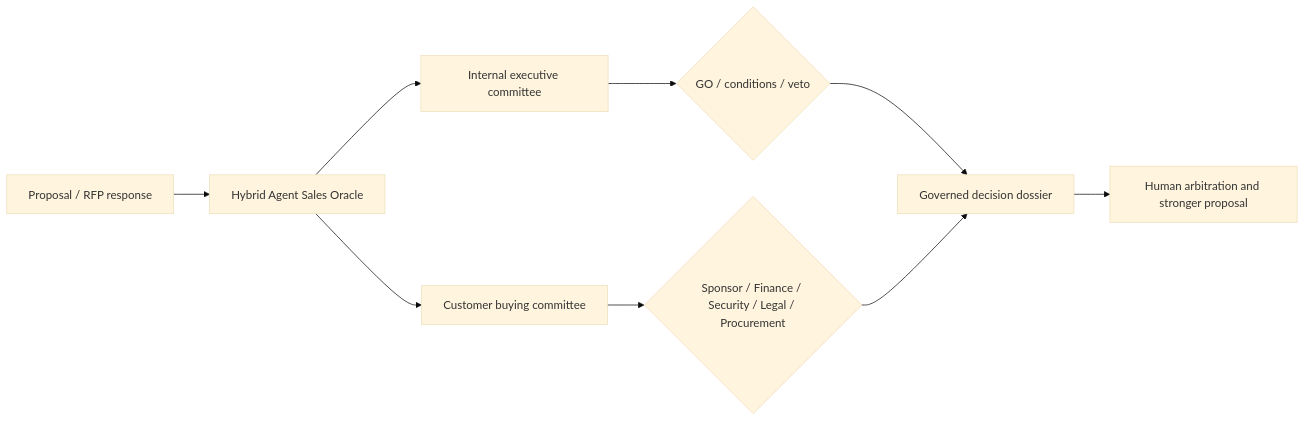
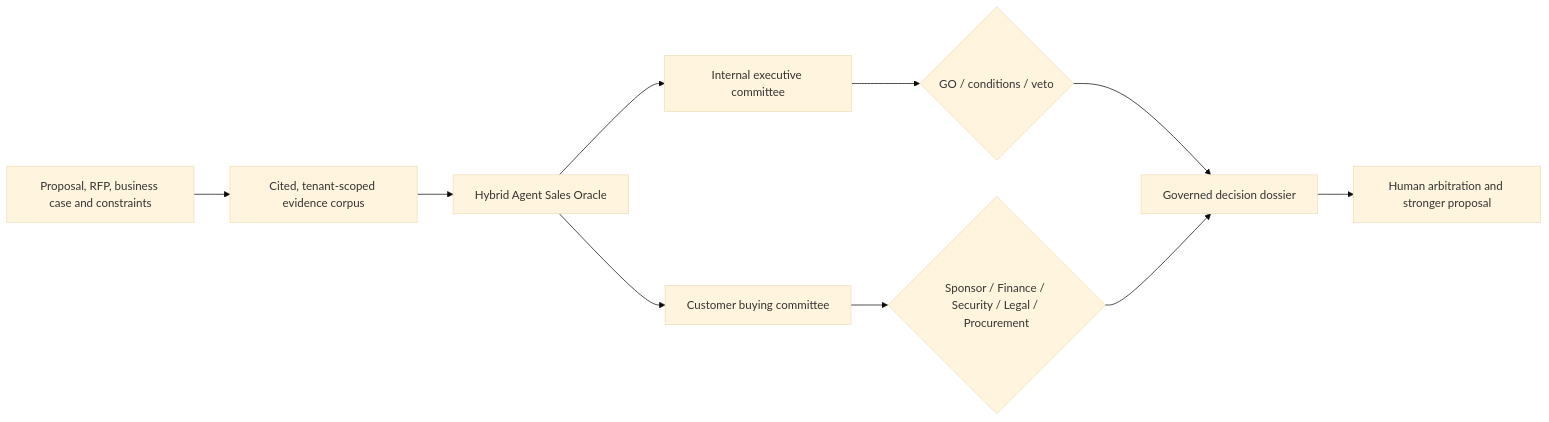
The first of 5 diagrams in README.md (Geoking2104/KayrosLab), drawn with Mermaid (base theme) before and after one commit. The commit also changed other lines of this file and 20 other files, not shown here.

Commit message:
feat: add secure Sales Oracle document intake

````diff
--- a/README.md
+++ b/README.md
@@ -96,11 +96,12 @@
 ```mermaid
 flowchart LR
-  OFFER[Proposal / RFP response] --> ORACLE[Hybrid Agent Sales Oracle]
+  DOCS[Proposal, RFP, business case and constraints] --> EVIDENCE[Cited, tenant-scoped evidence corpus]
+  EVIDENCE --> ORACLE[Hybrid Agent Sales Oracle]
   ORACLE --> COMEX[Internal executive committee]
   ORACLE --> BUYERS[Customer buying committee]
   COMEX --> VETO1{GO / conditions / veto}
   BUYERS --> VETO2{Sponsor / Finance / Security / Legal / Procurement}
   VETO1 --> PACK[Governed decision dossier]
   VETO2 --> PACK
   PACK --> HUMAN[Human arbitration and stronger proposal]
 ```
````
